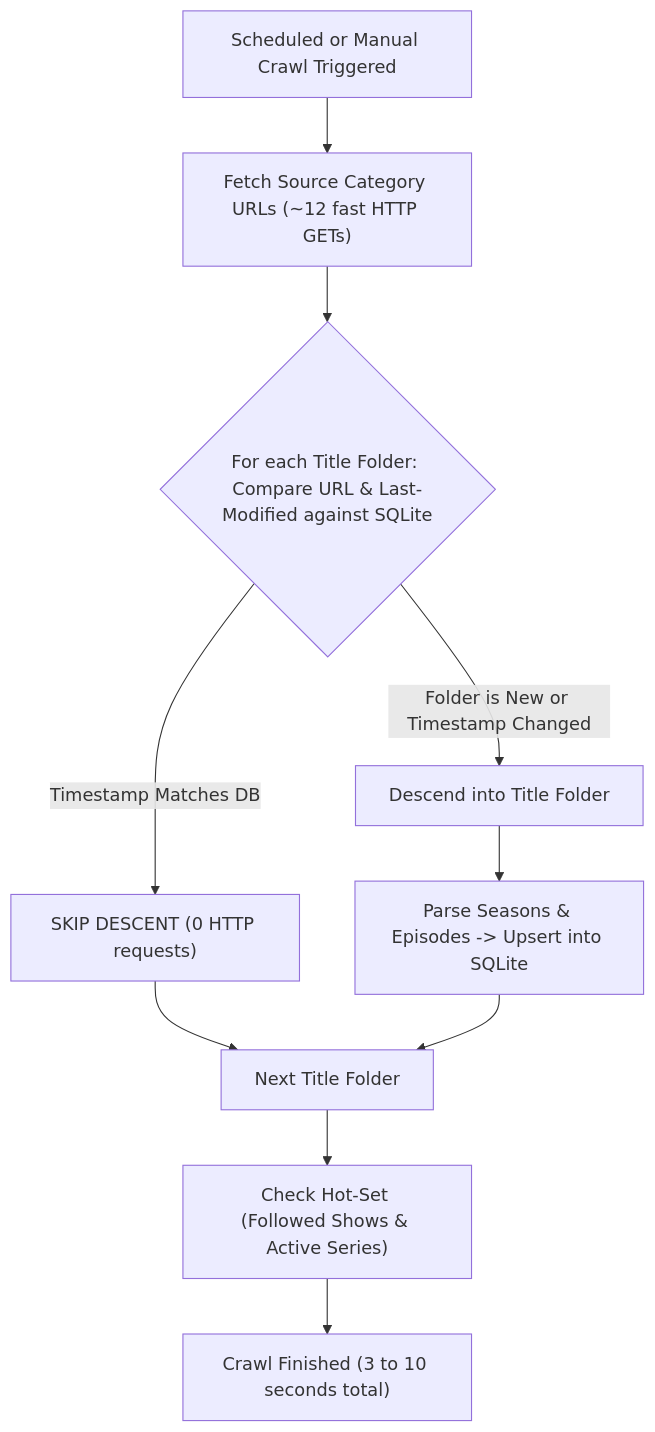
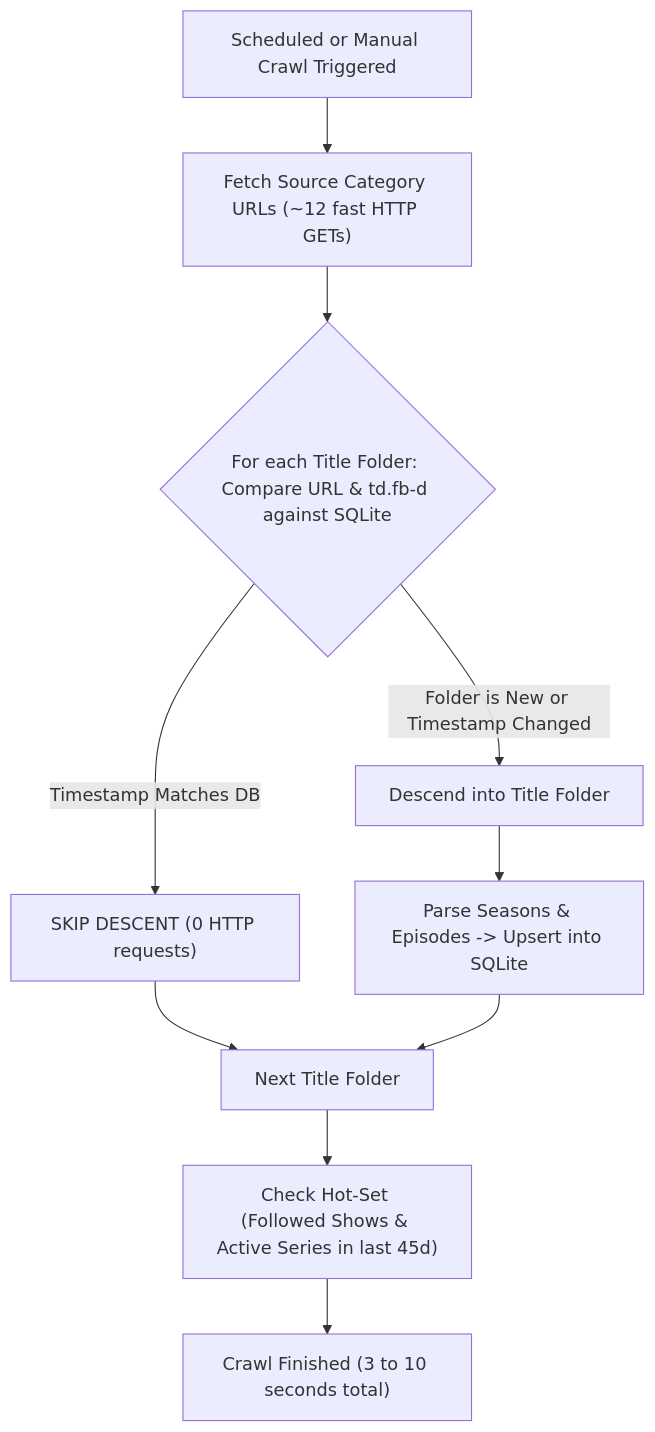
One commit to sadmanryanriad/ftp-lantern changed the first of 2 diagrams in architecture.md. Above: the diagram before and after it, drawn with Mermaid. The commit also changed other lines of this file and 12 other files, not shown here.

Commit message:
feat: complete Claude review fixes - hot-set season scan, decoupled notification queue, FTS sync triggers, Dokploy persistence & horizontal scroll

````diff
--- a/architecture.md
+++ b/architecture.md
@@ -129,12 +134,12 @@
 ```mermaid
 flowchart TD
     Start["Scheduled or Manual Crawl Triggered"] --> FetchCat["Fetch Source Category URLs (~12 fast HTTP GETs)"]
-    FetchCat --> CheckTitle{"For each Title Folder: Compare URL & Last-Modified against SQLite"}
+    FetchCat --> CheckTitle{"For each Title Folder: Compare URL & td.fb-d against SQLite"}
     CheckTitle -- "Timestamp Matches DB" --> Skip["SKIP DESCENT (0 HTTP requests)"]
     CheckTitle -- "Folder is New or Timestamp Changed" --> Descend["Descend into Title Folder"]
     Descend --> ParseFiles["Parse Seasons & Episodes -> Upsert into SQLite"]
     Skip --> Next["Next Title Folder"]
     ParseFiles --> Next
-    Next --> HotSet["Check Hot-Set (Followed Shows & Active Series)"]
+    Next --> HotSet["Check Hot-Set (Followed Shows & Active Series in last 45d)"]
     HotSet --> Finish["Crawl Finished (3 to 10 seconds total)"]
 ```
````
